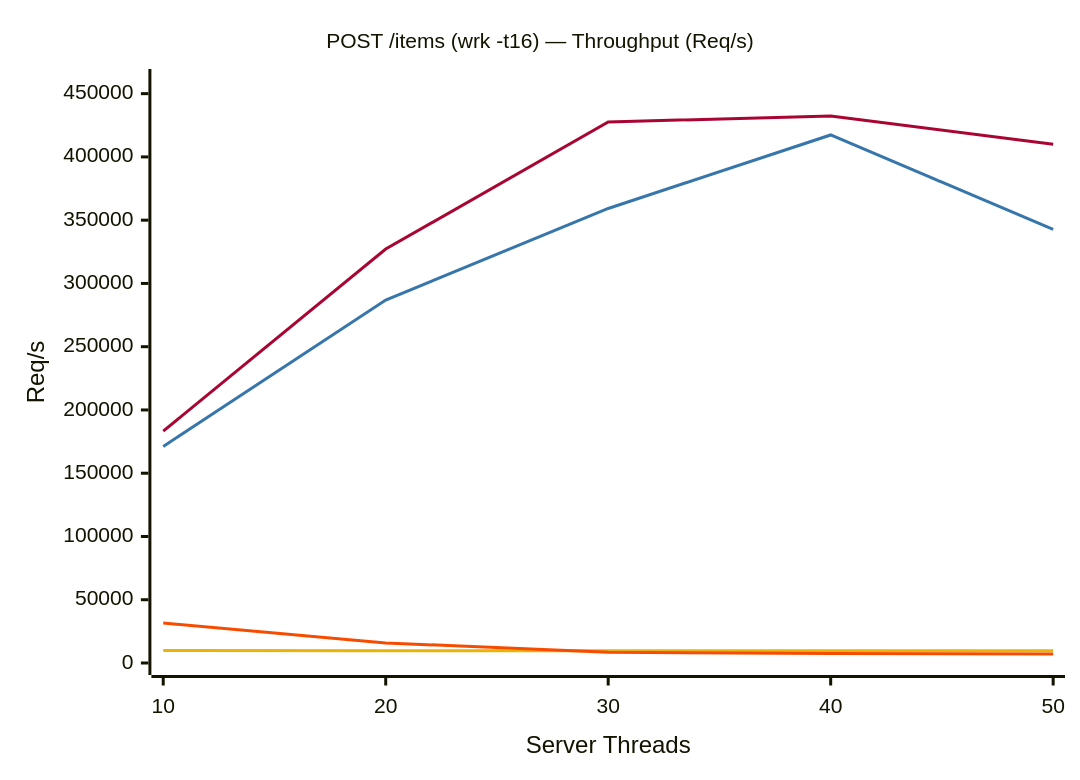
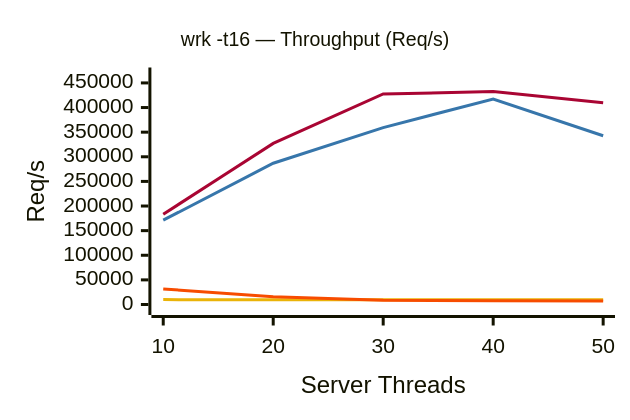
One commit to erlpython/epython changed the first of 4 diagrams in README.md. Above: the diagram before and after it, drawn with Mermaid. The commit also changed other lines of this file, not shown here.

````diff
--- a/README.md
+++ b/README.md
@@ -61,18 +63,20 @@
 ```mermaid
 ---
 config:
   xyChart:
-    titleFontSize: 14
+    width: 400
+    height: 260
+    titleFontSize: 13
   themeVariables:
     xyChart:
       plotColorPalette: "#A90533, #3776AB, #EAB308, #F74C00"
 ---
 xychart-beta
-    title "POST /items (wrk -t16) — Throughput (Req/s)"
+    title "wrk -t16 — Throughput (Req/s)"
     x-axis "Server Threads" ["10", "20", "30", "40", "50"]
     y-axis "Req/s" 0 --> 460000
     line [183293, 327172, 427601, 432361, 409928]
     line [171193, 286849, 359254, 417353, 342737]
     line [9909, 9726, 9712, 9656, 9682]
     line [31548, 15829, 8500, 7597, 7101]
 ```
````
